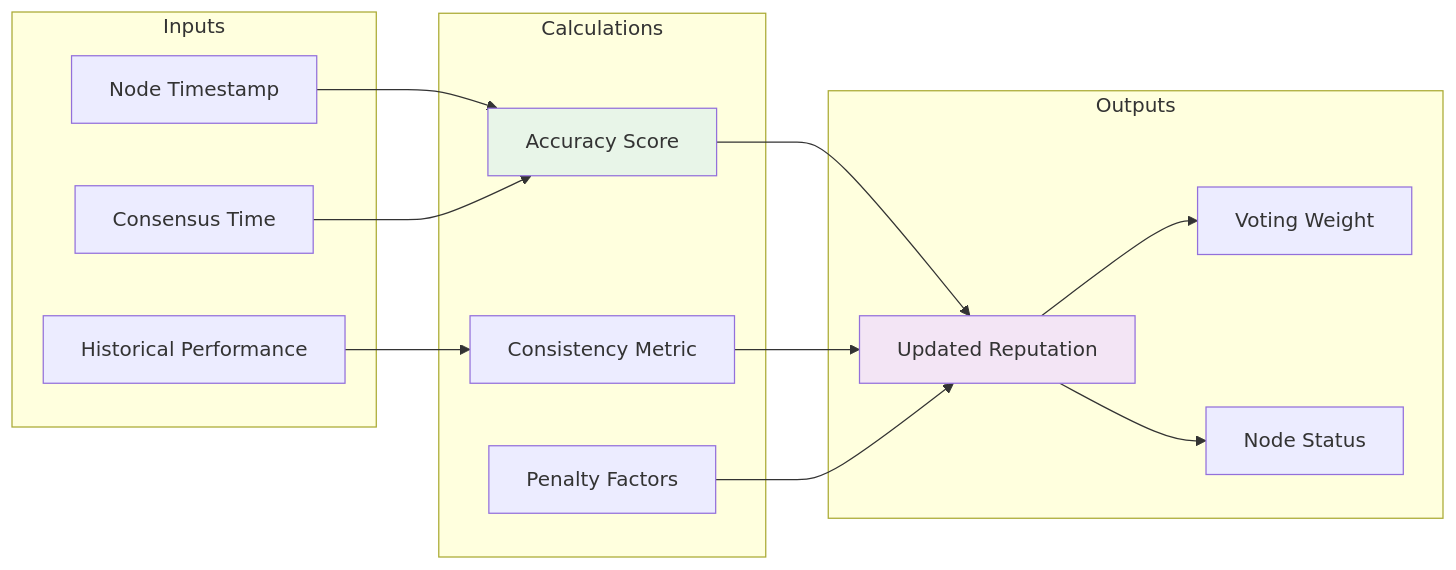
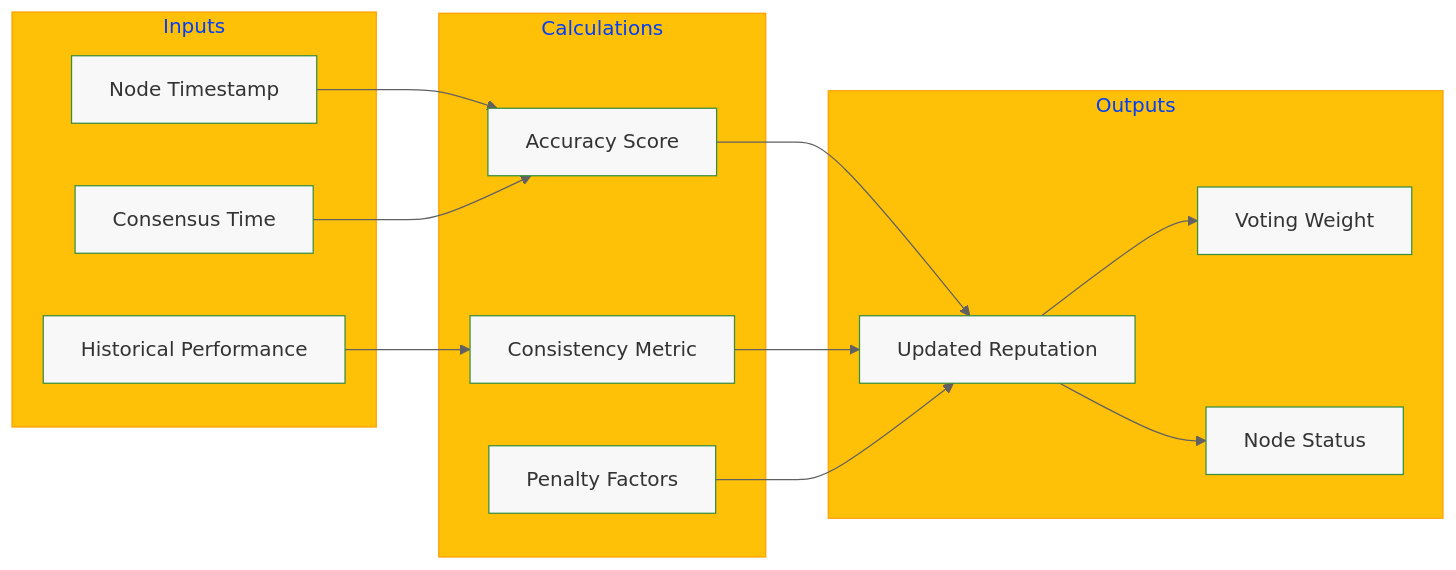
Before and after one commit to nshkrdotcom/ChronoLedger: the fifth of 10 diagrams in docs/architecture.md, drawn with Mermaid. The commit also changed other lines of this file and 6 other files, not shown here.

````diff
--- a/docs/architecture.md
+++ b/docs/architecture.md
@@ -233,34 +263,42 @@
 ```mermaid
+%%{init: {'theme': 'base', 'themeVariables': {
+    'primaryColor': '#4CAF50',
+    'primaryBorderColor': '#388E3C',
+    'secondaryColor': '#2196F3',
+    'secondaryBorderColor': '#1976D2',
+    'tertiaryColor': '#FFC107',
+    'tertiaryBorderColor': '#FFA000',
+    'lineColor': '#616161',
+    'textColor': '#212121',
+    'mainBkg': '#F8F8F8'
+}}}%%
 graph LR
     subgraph "Inputs"
         TIMESTAMP[Node Timestamp]
         CONSENSUS[Consensus Time]
         HISTORY[Historical Performance]
     end
     
     subgraph "Calculations"
         ACCURACY[Accuracy Score]
         CONSISTENCY[Consistency Metric]
         PENALTY[Penalty Factors]
     end
     
     subgraph "Outputs"
         REPUTATION[Updated Reputation]
         WEIGHT[Voting Weight]
         STATUS[Node Status]
     end
     
     TIMESTAMP --> ACCURACY
     CONSENSUS --> ACCURACY
     HISTORY --> CONSISTENCY
     
     ACCURACY --> REPUTATION
     CONSISTENCY --> REPUTATION
     PENALTY --> REPUTATION
     
     REPUTATION --> WEIGHT
     REPUTATION --> STATUS
-    
-    style ACCURACY fill:#e8f5e8
-    style REPUTATION fill:#f3e5f5
 ```
````
